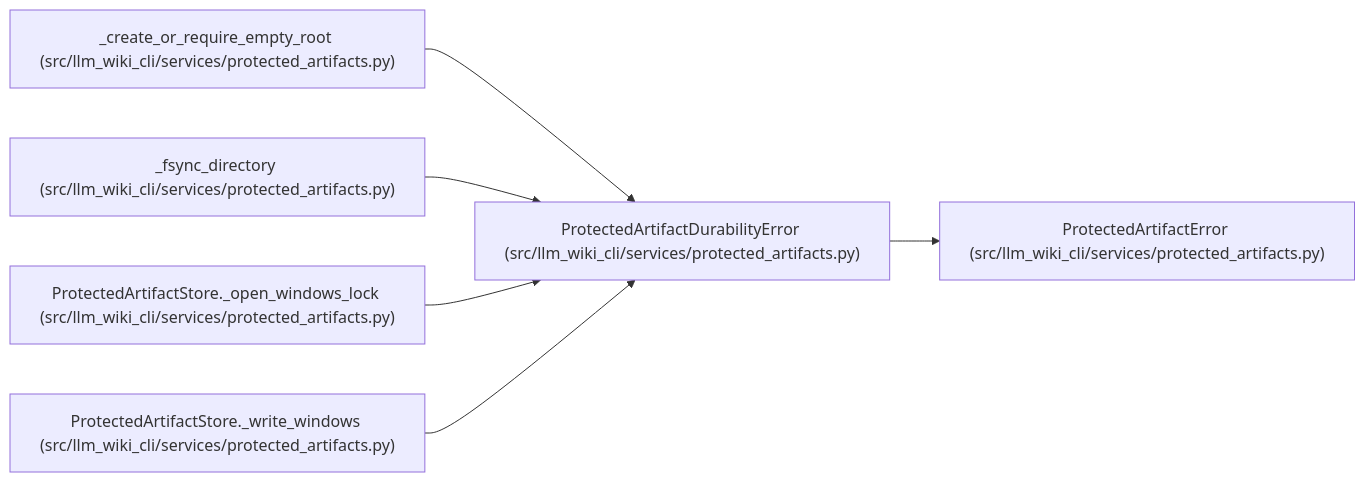
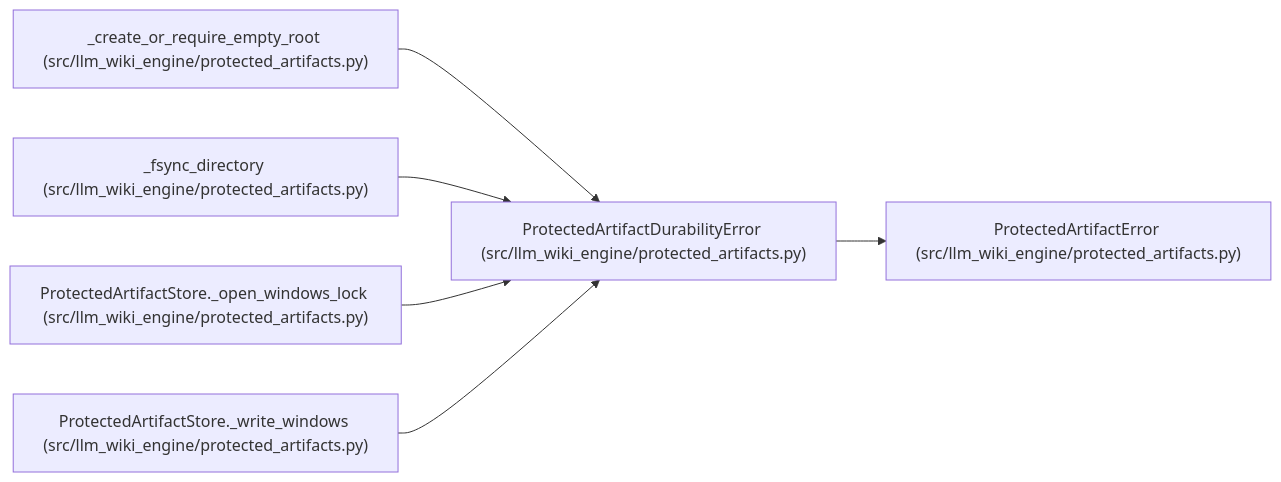
One commit to Denissvgn/python-wiki-llm changed the diagram in docs/llm_wiki/entities/ProtectedArtifactDurabilityError.md. Above: the diagram before and after it, drawn with Mermaid. The commit also changed other lines of this file and 739 other files, not shown here.

First line of the commit message:
docs: refresh the wiki for the second engine batch

````diff
--- a/docs/llm_wiki/entities/ProtectedArtifactDurabilityError.md
+++ b/docs/llm_wiki/entities/ProtectedArtifactDurabilityError.md
@@ -23,20 +23,20 @@
 ```mermaid
 flowchart LR
-    n0["ProtectedArtifactDurabilityError (src/llm_wiki_cli/services/protected_artifacts.py)"]
-    n1["ProtectedArtifactError (src/llm_wiki_cli/services/protected_artifacts.py)"]
-    n2["_create_or_require_empty_root (src/llm_wiki_cli/services/protected_artifacts.py)"]
-    n3["_fsync_directory (src/llm_wiki_cli/services/protected_artifacts.py)"]
-    n4["ProtectedArtifactStore._open_windows_lock (src/llm_wiki_cli/services/protected_artifacts.py)"]
-    n5["ProtectedArtifactStore._write_windows (src/llm_wiki_cli/services/protected_artifacts.py)"]
+    n0["ProtectedArtifactDurabilityError (src/llm_wiki_engine/protected_artifacts.py)"]
+    n1["ProtectedArtifactError (src/llm_wiki_engine/protected_artifacts.py)"]
+    n2["_create_or_require_empty_root (src/llm_wiki_engine/protected_artifacts.py)"]
+    n3["_fsync_directory (src/llm_wiki_engine/protected_artifacts.py)"]
+    n4["ProtectedArtifactStore._open_windows_lock (src/llm_wiki_engine/protected_artifacts.py)"]
+    n5["ProtectedArtifactStore._write_windows (src/llm_wiki_engine/protected_artifacts.py)"]
     n0 --> n1
     n2 --> n0
     n3 --> n0
     n4 --> n0
     n5 --> n0
     click n0 "../modules/protected_artifacts.md"
     click n1 "../modules/protected_artifacts.md"
     click n2 "../modules/protected_artifacts.md"
     click n3 "../modules/protected_artifacts.md"
     click n4 "../modules/protected_artifacts.md"
     click n5 "../modules/protected_artifacts.md"
 ```
````
